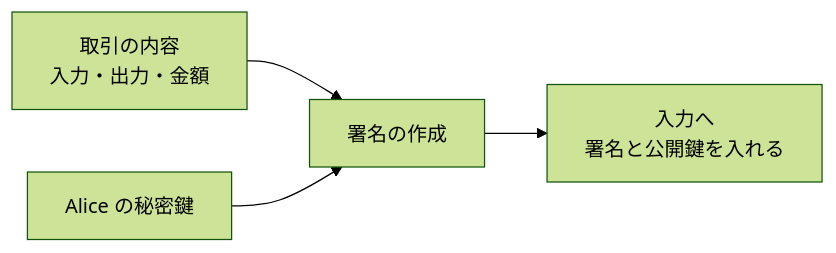
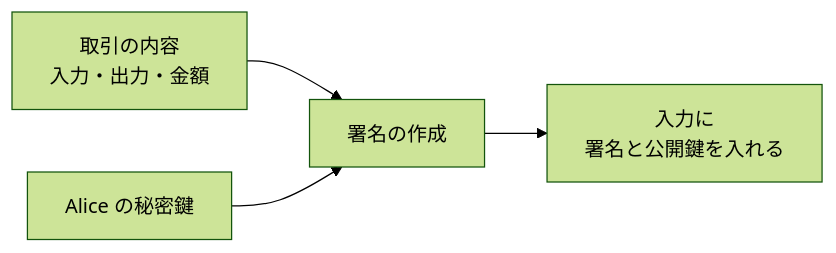
One commit to nao1215/debimate changed the third of 6 diagrams in content/notes/blockchain-systems/bitcoin-transaction-lifecycle/index.md. Above: the diagram before and after it, drawn with Mermaid (forest theme). The commit also changed other lines of this file and 46 other files, not shown here.

````diff
--- a/content/notes/blockchain-systems/bitcoin-transaction-lifecycle/index.md
+++ b/content/notes/blockchain-systems/bitcoin-transaction-lifecycle/index.md
@@ -70,6 +70,6 @@
 ```mermaid
 flowchart LR
     TXD["取引の内容<br/>入力・出力・金額"] --> S["署名の作成"]
     SK["Alice の秘密鍵"] --> S
-    S --> IN["入力へ<br/>署名と公開鍵を入れる"]
+    S --> IN["入力に<br/>署名と公開鍵を入れる"]
 ```
````
